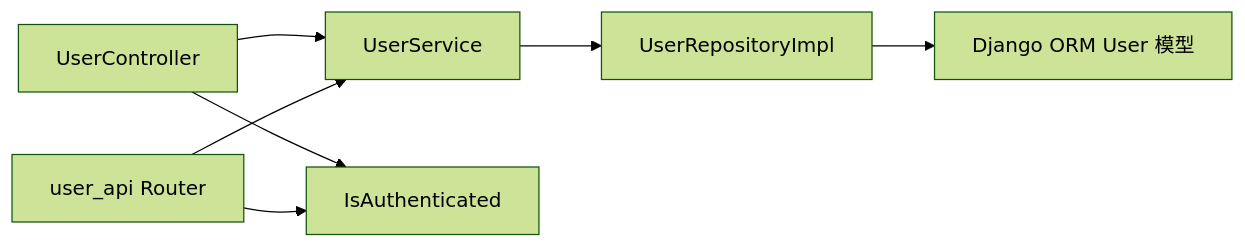
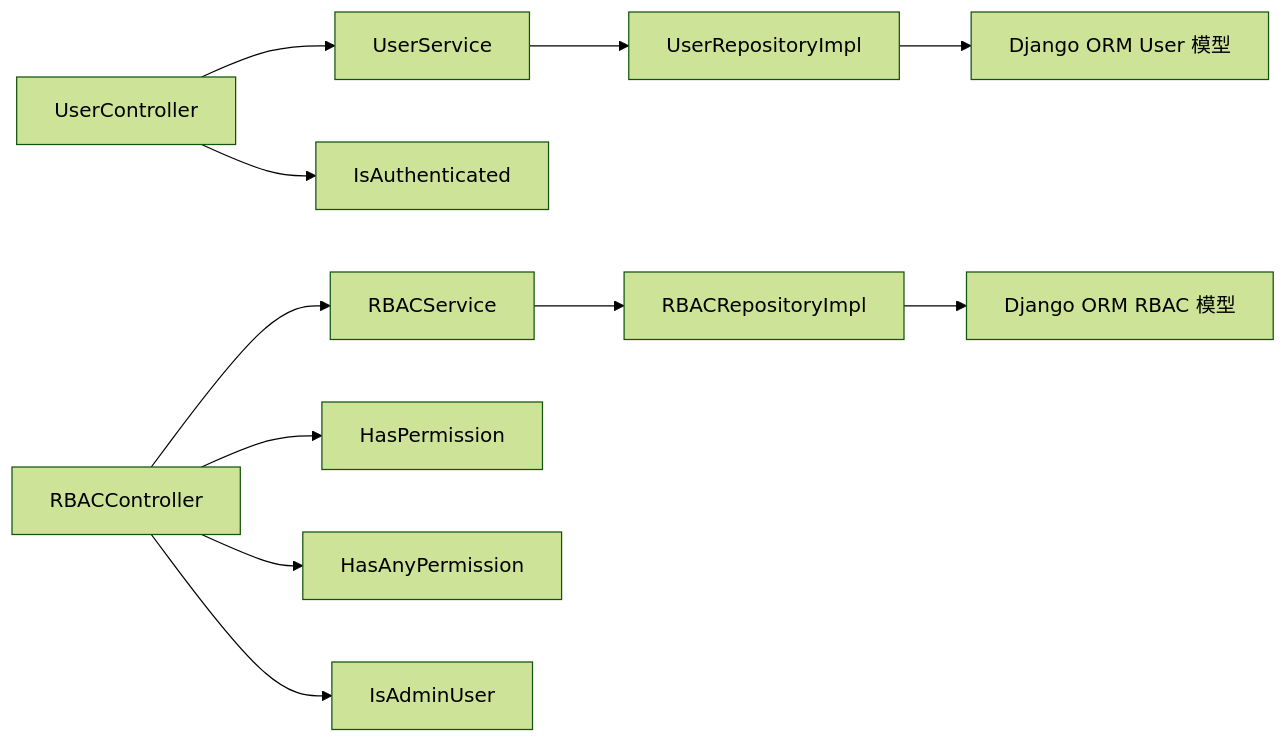
The seventh of 7 diagrams in .qoder/repowiki/zh/content/API 接口文档/用户管理接口.md (taoweidong/Hello-Django-Ninja-Api), drawn with Mermaid (forest theme) before and after one commit. The commit also changed other lines of this file and 7 other files, not shown here.

````diff
--- a/.qoder/repowiki/zh/content/API 接口文档/用户管理接口.md
+++ b/.qoder/repowiki/zh/content/API 接口文档/用户管理接口.md
@@ -402,9 +482,13 @@
 ```mermaid
 graph LR
 UC["UserController"] --> US["UserService"]
-UA["user_api Router"] --> US
+RC["RBACController"] --> RS["RBACService"]
 US --> UR["UserRepositoryImpl"]
+RS --> RR["RBACRepositoryImpl"]
 UR --> UM["Django ORM User 模型"]
+RR --> RM["Django ORM RBAC 模型"]
 UC --> Perm["IsAuthenticated"]
-UA --> Perm
+RC --> HP["HasPermission"]
+RC --> HAP["HasAnyPermission"]
+RC --> IA["IsAdminUser"]
 ```
````
